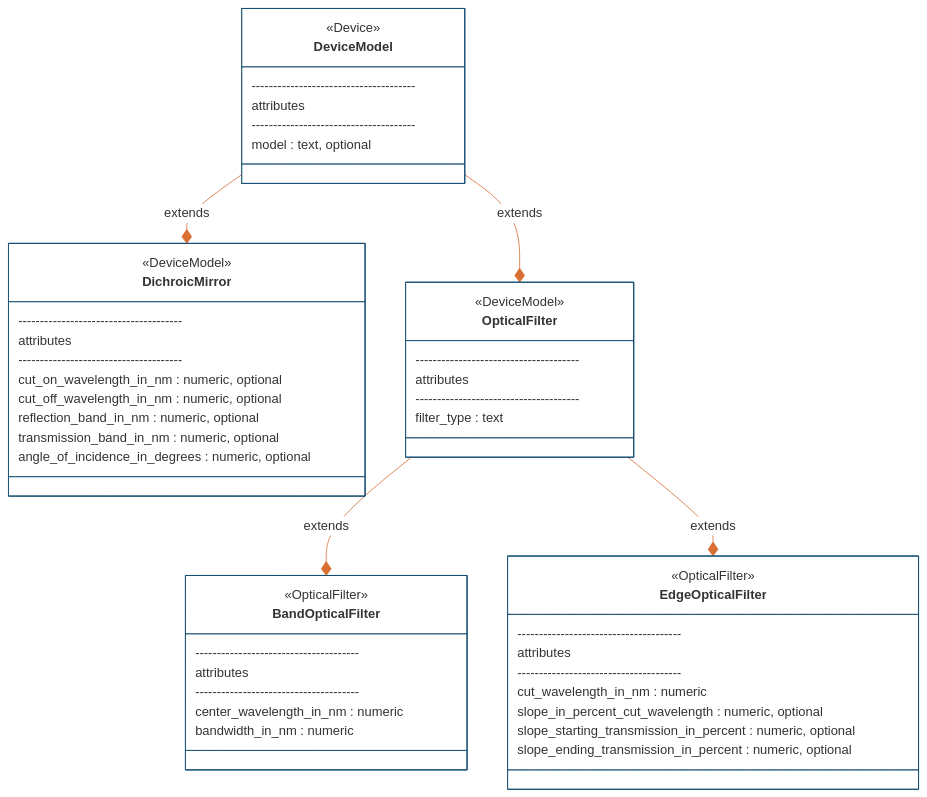
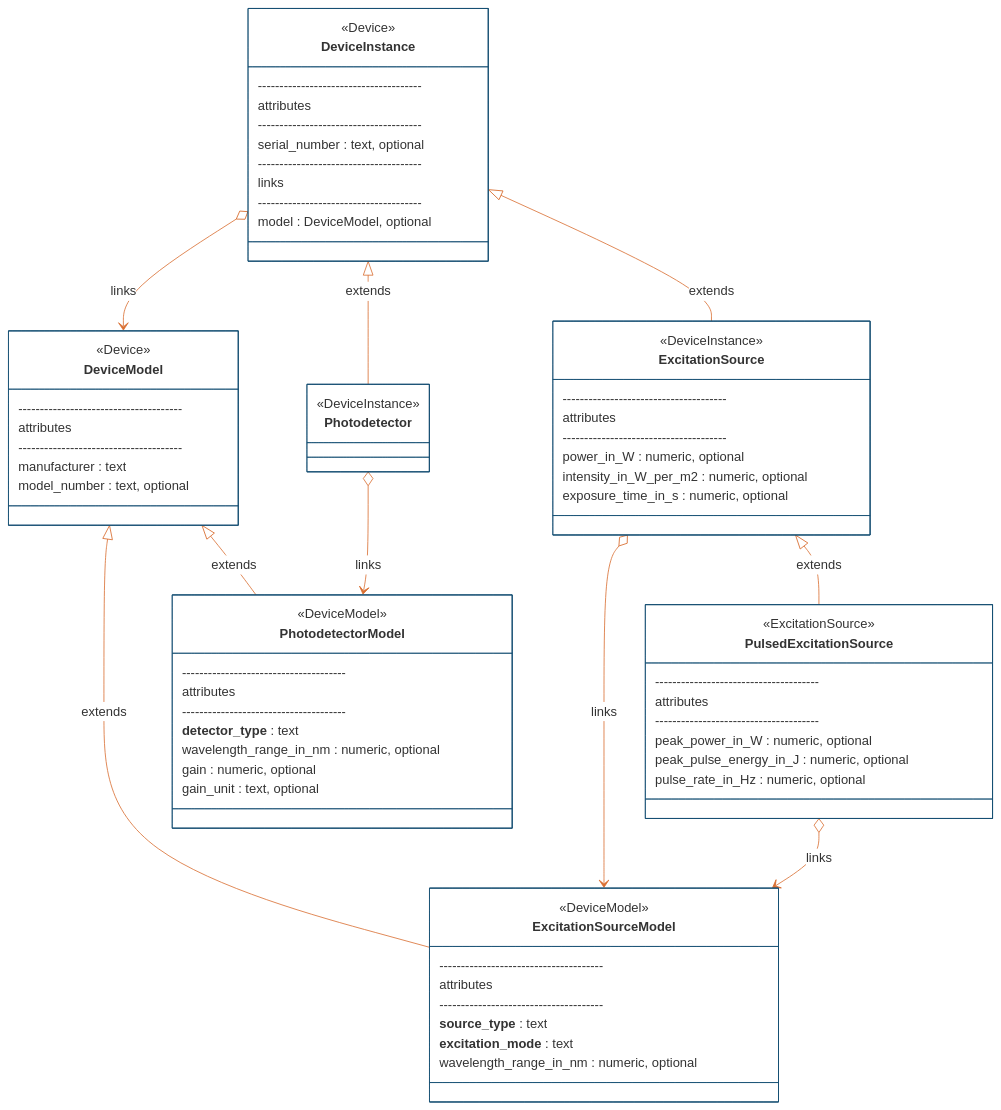
The second of 4 diagrams in README.md (catalystneuro/ndx-ophys-devices), drawn with Mermaid before and after one commit. The commit also changed other lines of this file and 14 other files, not shown here.

First line of the commit message:
Disambiguate the device model from device instance (#5)

````diff
--- a/README.md
+++ b/README.md
@@ -199,52 +321,83 @@
 ```mermaid
 %%{init: {'theme': 'base', 'themeVariables': {'primaryColor': '#ffffff', "primaryBorderColor': '#144E73', 'lineColor': '#D96F32'}}}%%
 classDiagram
-    direction BT
+    direction TB
+    
     class DeviceModel{
         <<Device>>
         --------------------------------------
         attributes
         --------------------------------------
-        model : text, optional
+        manufacturer : text
+        model_number : text, optional
     }
-    class DichroicMirror{
+    
+    class DeviceInstance{
+        <<Device>>
+        --------------------------------------
+        attributes
+        --------------------------------------
+        serial_number : text, optional
+        --------------------------------------
+        links
+        --------------------------------------
+        model : DeviceModel, optional
+    }
+    
+    class ExcitationSourceModel{
         <<DeviceModel>>
         --------------------------------------
         attributes
         --------------------------------------
-        cut_on_wavelength_in_nm : numeric, optional
-        cut_off_wavelength_in_nm : numeric, optional
-        reflection_band_in_nm : numeric, optional
-        transmission_band_in_nm : numeric, optional
-        angle_of_incidence_in_degrees : numeric, optional
+        **source_type** : text
+        **excitation_mode** : text
+        wavelength_range_in_nm : numeric, optional
     }
-    class OpticalFilter{
+    
+    class ExcitationSource{
+        <<DeviceInstance>>
+        --------------------------------------
+        attributes
+        --------------------------------------
+        power_in_W : numeric, optional
+        intensity_in_W_per_m2 : numeric, optional
+        exposure_time_in_s : numeric, optional
+    }
+    
+    class PulsedExcitationSource{
+        <<ExcitationSource>>
+        --------------------------------------
+        attributes
+        --------------------------------------
+        peak_power_in_W : numeric, optional
+        peak_pulse_energy_in_J : numeric, optional
+        pulse_rate_in_Hz : numeric, optional
+    }
+    
+    class PhotodetectorModel{
         <<DeviceModel>>
         --------------------------------------
         attributes
         --------------------------------------
-        filter_type : text
+        **detector_type** : text
+        wavelength_range_in_nm : numeric, optional
+        gain : numeric, optional
+        gain_unit : text, optional
     }
-    class BandOpticalFilter{
-        <<OpticalFilter>>
-        --------------------------------------
-        attributes
-        --------------------------------------
-        center_wavelength_in_nm : numeric
-        bandwidth_in_nm : numeric
+    
+    class Photodetector{
+        <<DeviceInstance>>
     }
-    class EdgeOpticalFilter{
-        <<OpticalFilter>>
-        --------------------------------------
-        attributes
-        --------------------------------------
-        cut_wavelength_in_nm : numeric
-        slope_in_percent_cut_wavelength : numeric, optional
-        slope_starting_transmission_in_percent : numeric, optional
-        slope_ending_transmission_in_percent : numeric, optional
-    }
-    DichroicMirror *-- DeviceModel : extends
-    OpticalFilter *-- DeviceModel : extends
-    BandOpticalFilter *-- OpticalFilter : extends
-    EdgeOpticalFilter *-- OpticalFilter : extends
+    
+    DeviceInstance o--> DeviceModel : links
+
+    DeviceModel <|-- ExcitationSourceModel : extends
+    DeviceInstance <|-- ExcitationSource : extends
+    ExcitationSource o--> ExcitationSourceModel : links
+    ExcitationSource <|-- PulsedExcitationSource : extends
+    PulsedExcitationSource o--> ExcitationSourceModel : links
+
+    DeviceModel <|-- PhotodetectorModel : extends
+    DeviceInstance <|-- Photodetector : extends
+    Photodetector o--> PhotodetectorModel : links
 ```
````
